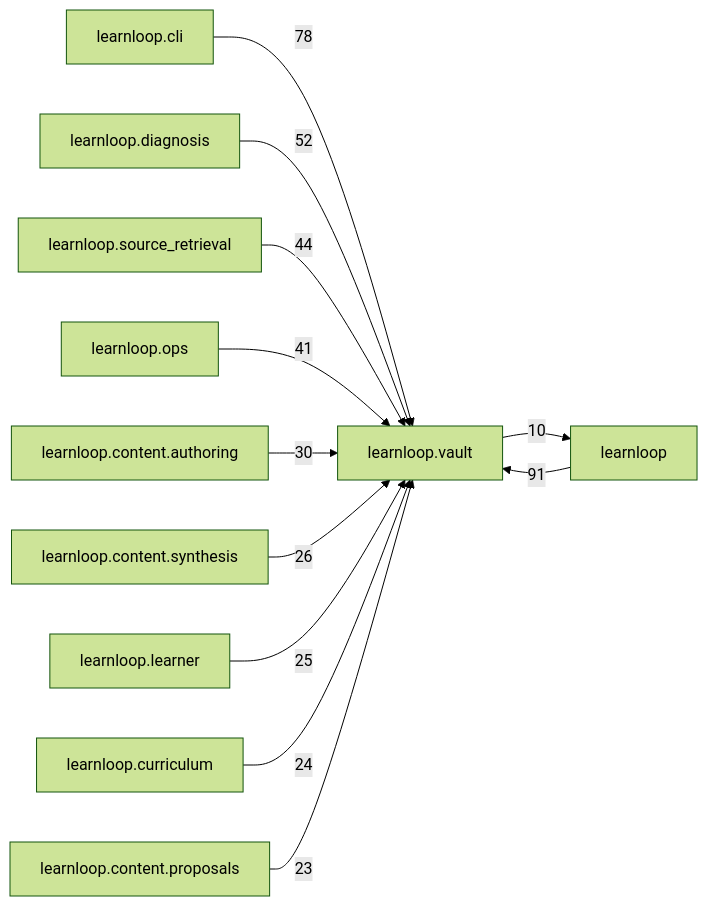
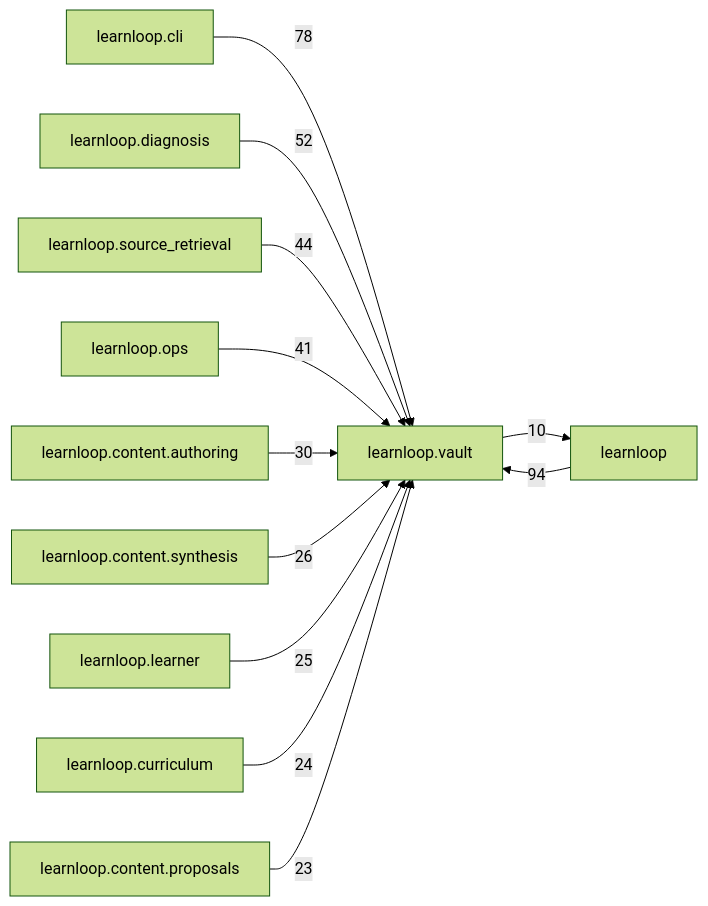
One commit to 6up-b/learnanything changed the diagram in docs/learnloop-architecture-vault/Reference/Modules/learnloop/vault/_package.md. Above: the diagram before and after it, drawn with Mermaid (forest theme). The commit also changed other lines of this file and 601 other files, not shown here.

````diff
--- a/docs/learnloop-architecture-vault/Reference/Modules/learnloop/vault/_package.md
+++ b/docs/learnloop-architecture-vault/Reference/Modules/learnloop/vault/_package.md
@@ -136,25 +136,25 @@
 ```mermaid
 flowchart LR
     center["learnloop.vault"]
     n_learnloop["learnloop"]
     n_learnloop_cli["learnloop.cli"]
     n_learnloop_diagnosis["learnloop.diagnosis"]
     n_learnloop_source_retrieval["learnloop.source_retrieval"]
     n_learnloop_ops["learnloop.ops"]
     n_learnloop_content_authoring["learnloop.content.authoring"]
     n_learnloop_content_synthesis["learnloop.content.synthesis"]
     n_learnloop_learner["learnloop.learner"]
     n_learnloop_curriculum["learnloop.curriculum"]
     n_learnloop_content_proposals["learnloop.content.proposals"]
-    n_learnloop -->|91| center
+    n_learnloop -->|94| center
     center -->|10| n_learnloop
     n_learnloop_cli -->|78| center
     n_learnloop_diagnosis -->|52| center
     n_learnloop_source_retrieval -->|44| center
     n_learnloop_ops -->|41| center
     n_learnloop_content_authoring -->|30| center
     n_learnloop_content_synthesis -->|26| center
     n_learnloop_learner -->|25| center
     n_learnloop_curriculum -->|24| center
     n_learnloop_content_proposals -->|23| center
 ```
````
